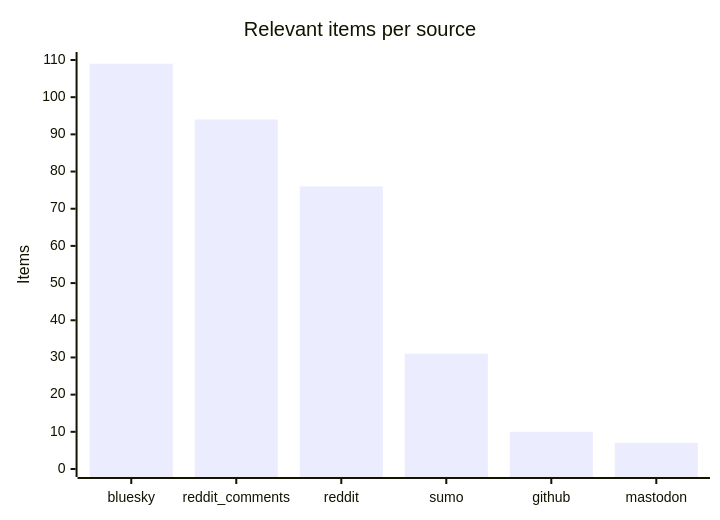
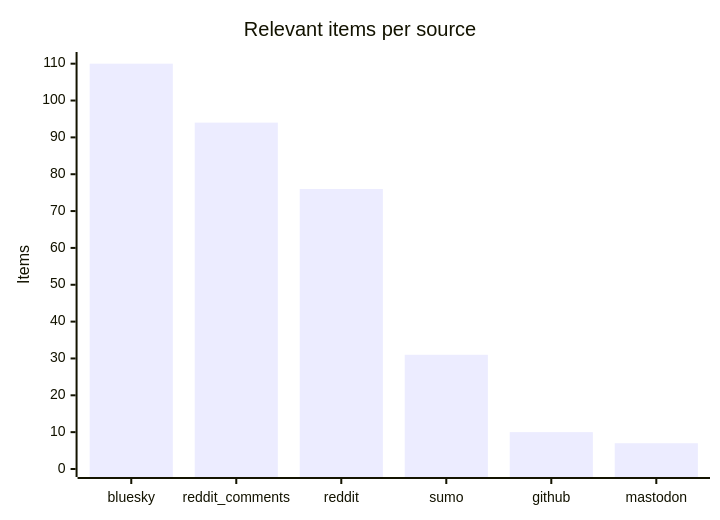
One commit to martinbalfanz/social-scanner-reports changed the third of 4 diagrams in README.md. Above: the diagram before and after it, drawn with Mermaid. The commit also changed other lines of this file and 2 other files, not shown here.

````diff
--- a/README.md
+++ b/README.md
@@ -48,7 +48,7 @@
 ```mermaid
 xychart-beta
     title "Relevant items per source"
     x-axis ["bluesky", "reddit_comments", "reddit", "sumo", "github", "mastodon"]
-    y-axis "Items" 0 --> 110
-    bar [109, 94, 76, 31, 10, 7]
+    y-axis "Items" 0 --> 111
+    bar [110, 94, 76, 31, 10, 7]
 ```
````
